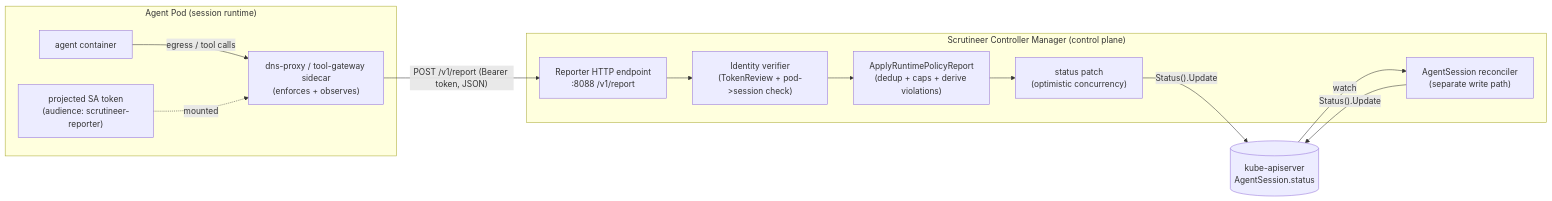
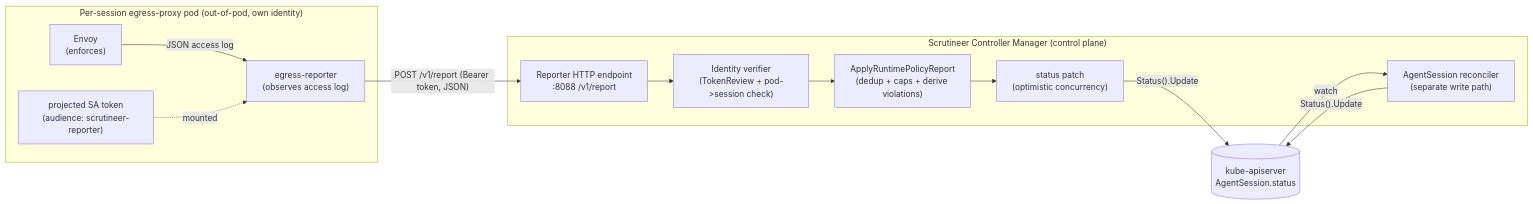
One commit to grantbarry29/Scrutineer changed the first of 2 diagrams in docs/design/phase-3-runtime-reporter-contract.md. Above: the diagram before and after it, drawn with Mermaid. The commit also changed other lines of this file and 51 other files, not shown here.

````diff
--- a/docs/design/phase-3-runtime-reporter-contract.md
+++ b/docs/design/phase-3-runtime-reporter-contract.md
@@ -50,26 +49,26 @@
 ```mermaid
 flowchart LR
-    subgraph pod["Agent Pod (session runtime)"]
-        agent["agent container"]
-        sidecar["dns-proxy / tool-gateway sidecar\n(enforces + observes)"]
+    subgraph pod["Per-session egress-proxy pod (out-of-pod, own identity)"]
+        envoy["Envoy\n(enforces)"]
+        sidecar["egress-reporter\n(observes access log)"]
         token["projected SA token\n(audience: scrutineer-reporter)"]
-        agent -- "egress / tool calls" --> sidecar
+        envoy -- "JSON access log" --> sidecar
         token -. mounted .-> sidecar
     end
 
     subgraph cp["Scrutineer Controller Manager (control plane)"]
         reporter["Reporter HTTP endpoint\n:8088 /v1/report"]
         authz["Identity verifier\n(TokenReview + pod->session check)"]
         merge["ApplyRuntimePolicyReport\n(dedup + caps + derive violations)"]
         kube["status patch\n(optimistic concurrency)"]
         reconciler["AgentSession reconciler\n(separate write path)"]
         reporter --> authz --> merge --> kube
     end
 
     apiserver[("kube-apiserver\nAgentSession.status")]
 
     sidecar -- "POST /v1/report (Bearer token, JSON)" --> reporter
     kube -- "Status().Update" --> apiserver
     reconciler -- "Status().Update" --> apiserver
     apiserver -- "watch" --> reconciler
 ```
````
